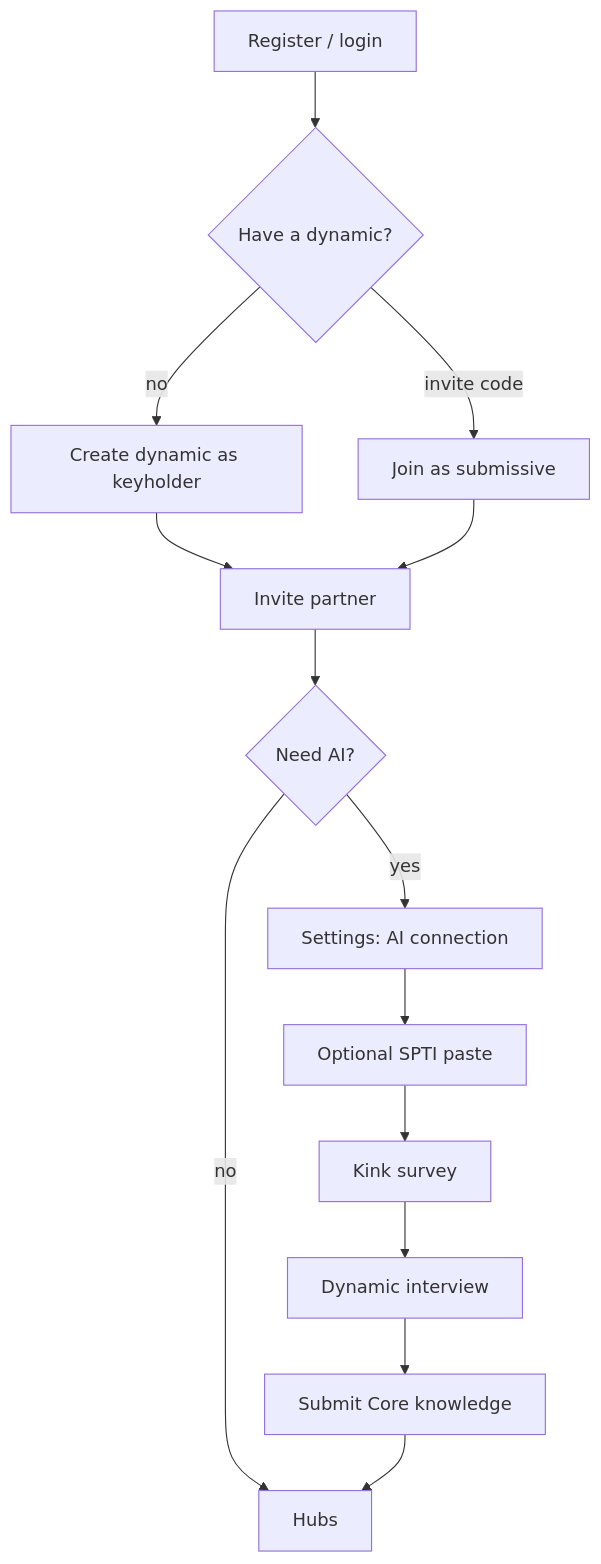
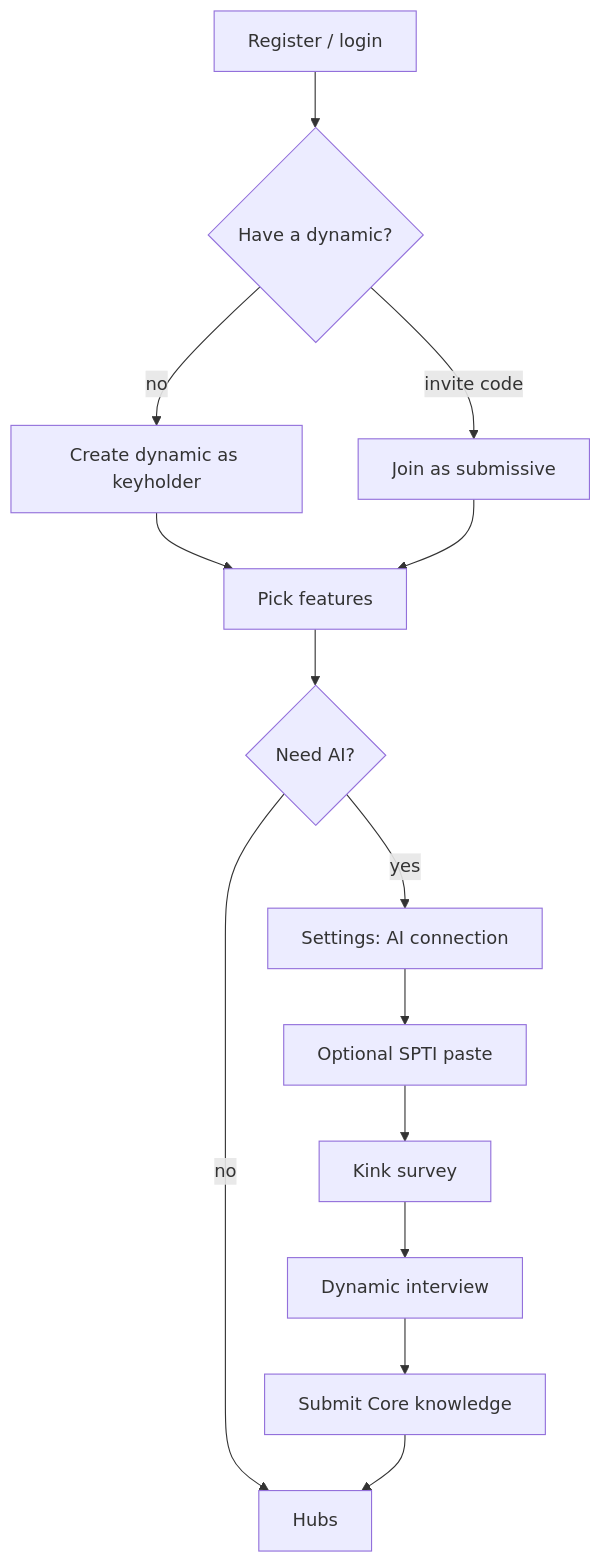
The second of 12 diagrams in wiki/Workflows.md (ubetra-beep/ubetra), drawn with Mermaid before and after one commit. The commit also changed 15 other files, not shown here.

````diff
--- a/wiki/Workflows.md
+++ b/wiki/Workflows.md
@@ -34,16 +34,16 @@
 ```mermaid
 flowchart TD
   R[Register / login] --> D{Have a dynamic?}
   D -->|no| C[Create dynamic as keyholder]
   D -->|invite code| J[Join as submissive]
-  C --> I[Invite partner]
-  J --> I
-  I --> K{Need AI?}
+  C --> Feat[Pick features]
+  J --> Feat
+  Feat --> K{Need AI?}
   K -->|yes| L[Settings: AI connection]
   K -->|no| N[Hubs]
   L --> SPTI[Optional SPTI paste]
   SPTI --> SV[Kink survey]
   SV --> IV[Dynamic interview]
   IV --> CK[Submit Core knowledge]
   CK --> N
 ```
````
